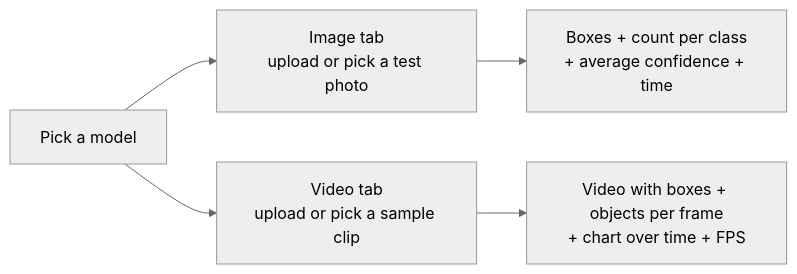
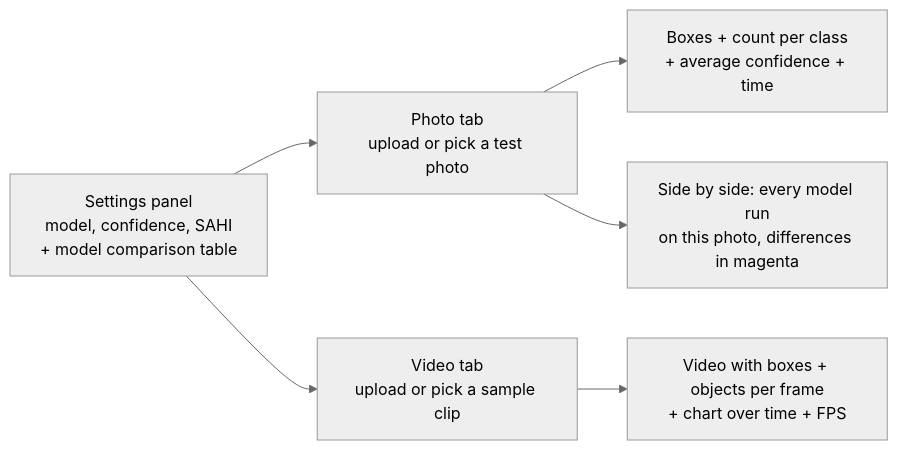
The seventh of 8 diagrams in README.md (fnmoral/skyscout-small-object-detection-yolo-vs-dfine-visdrone), drawn with Mermaid (neutral theme) before and after one commit. The commit also changed other lines of this file and 19 other files, not shown here.

First line of the commit message:
Demo redesign: settings panel, model comparison, side-by-side runs, real videos

````diff
--- a/README.md
+++ b/README.md
@@ -275,7 +273,8 @@
 ```mermaid
 flowchart LR
-    M[Pick a model] --> I[Image tab<br/>upload or pick a test photo]
-    M --> V[Video tab<br/>upload or pick a sample clip]
+    S[Settings panel<br/>model, confidence, SAHI<br/>+ model comparison table] --> I[Photo tab<br/>upload or pick a test photo]
+    S --> V[Video tab<br/>upload or pick a sample clip]
     I --> R1[Boxes + count per class<br/>+ average confidence + time]
+    I --> R3[Side by side: every model run<br/>on this photo, differences in magenta]
     V --> R2[Video with boxes + objects per frame<br/>+ chart over time + FPS]
 ```
````
